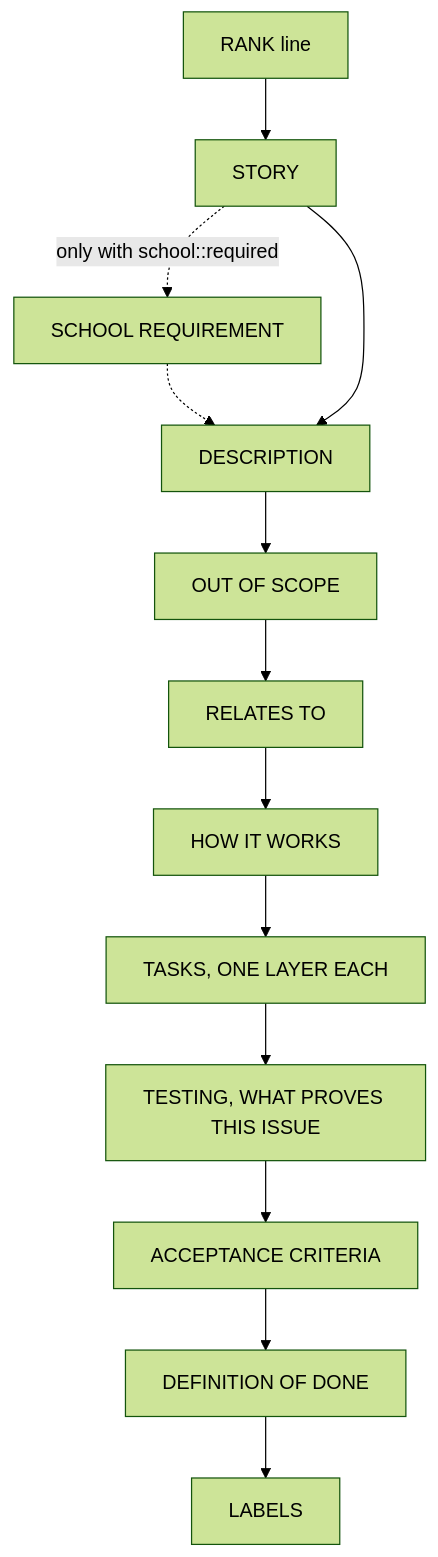
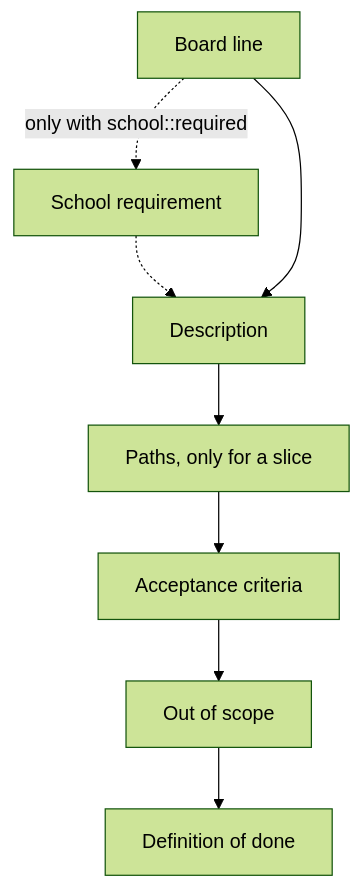
The diagram in docs/team/issueRules.md (guruITA/connect-nine), drawn with Mermaid (forest theme) before and after one commit. The commit also changed other lines of this file and 8 other files, not shown here.

````diff
--- a/docs/team/issueRules.md
+++ b/docs/team/issueRules.md
@@ -59,15 +57,10 @@
 ```mermaid
 flowchart TD
-    R[RANK line] --> S[STORY]
-    S -.->|only with school::required| SR[SCHOOL REQUIREMENT]
+    R[Board line] -.->|only with school::required| SR[School requirement]
     SR -.-> D
-    S --> D[DESCRIPTION]
-    D --> O[OUT OF SCOPE]
-    O --> L[RELATES TO]
-    L --> H[HOW IT WORKS]
-    H --> T[TASKS, ONE LAYER EACH]
-    T --> TE[TESTING, WHAT PROVES THIS ISSUE]
-    TE --> AC[ACCEPTANCE CRITERIA]
-    AC --> DOD[DEFINITION OF DONE]
-    DOD --> LB[LABELS]
+    R --> D[Description]
+    D --> P[Paths, only for a slice]
+    P --> AC[Acceptance criteria]
+    AC --> O[Out of scope]
+    O --> DOD[Definition of done]
 ```
````
